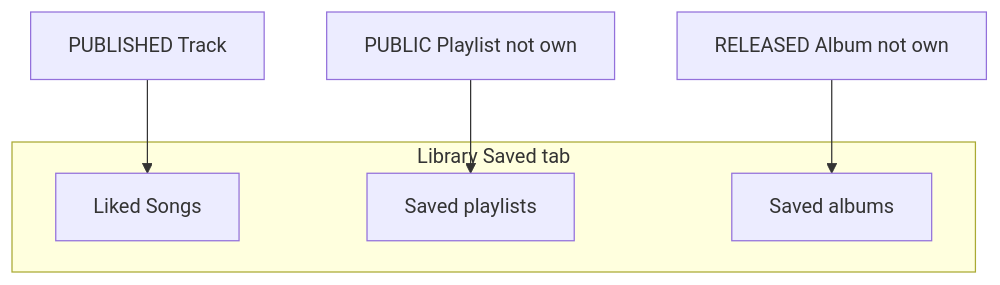
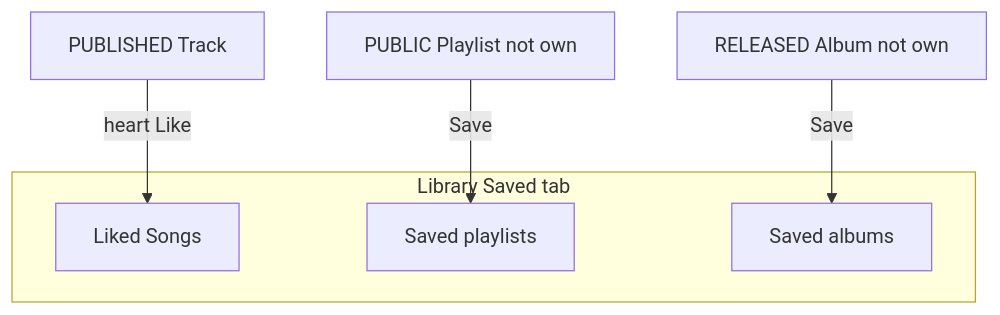
The diagram in docs/library-saves.md (shreytanna15-prog/audio-social-backend), drawn with Mermaid before and after one commit. The commit also changed other lines of this file and 6 other files, not shown here.

````diff
--- a/docs/library-saves.md
+++ b/docs/library-saves.md
@@ -35,11 +32,11 @@
 ```mermaid
 flowchart TB
   subgraph library [Library Saved tab]
     liked[Liked Songs]
     spl[Saved playlists]
     sal[Saved albums]
   end
-  track[PUBLISHED Track] --> liked
-  pl[PUBLIC Playlist not own] --> spl
-  al[RELEASED Album not own] --> sal
+  track[PUBLISHED Track] -->|heart Like| liked
+  pl[PUBLIC Playlist not own] -->|Save| spl
+  al[RELEASED Album not own] -->|Save| sal
 ```
````
